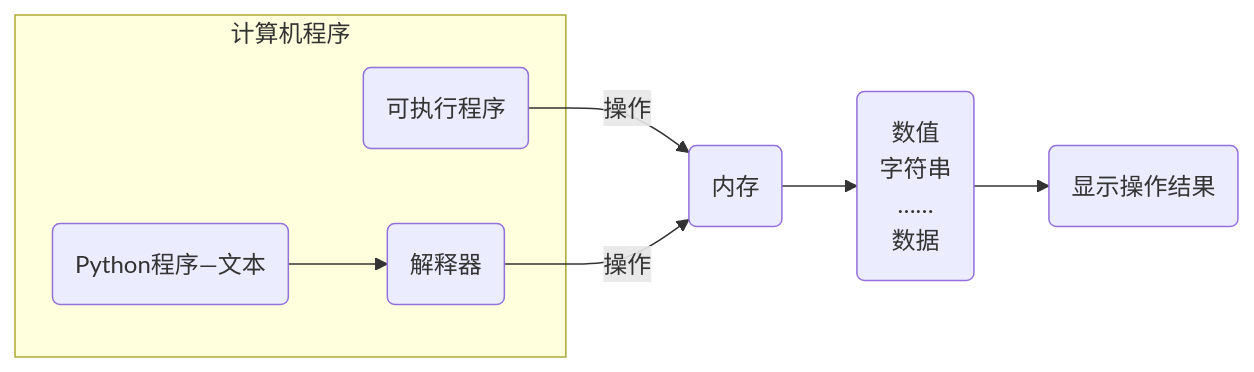
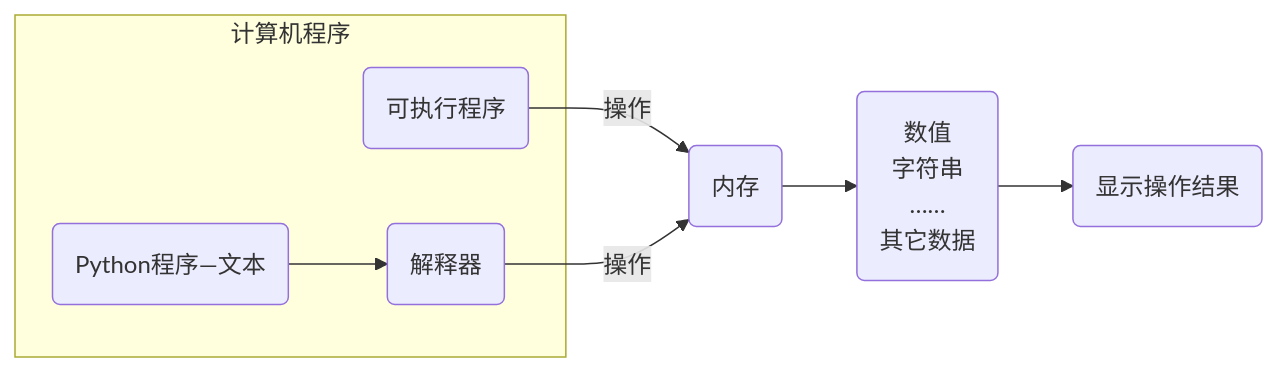
One commit to hughxusu/lesson-py changed the diagram in a-base/6-原理.md. Above: the diagram before and after it, drawn with Mermaid. The commit also changed 6 other files, not shown here.

````diff
--- a/a-base/6-原理.md
+++ b/a-base/6-原理.md
@@ -9,10 +9,10 @@
 ```mermaid
 graph LR
-e(可执行程序)--操作-->b(内存)-->c(数值 \n 字符串\n …… \n 数据)-->h(显示操作结果)
+e(可执行程序)--操作-->b(内存)-->c(数值 \n 字符串\n …… \n 其它数据)-->h(显示操作结果)
 f(Python程序—文本)-->g(解释器)--操作-->b
 subgraph 计算机程序
 e
 f
 g
 end
 ```
````
